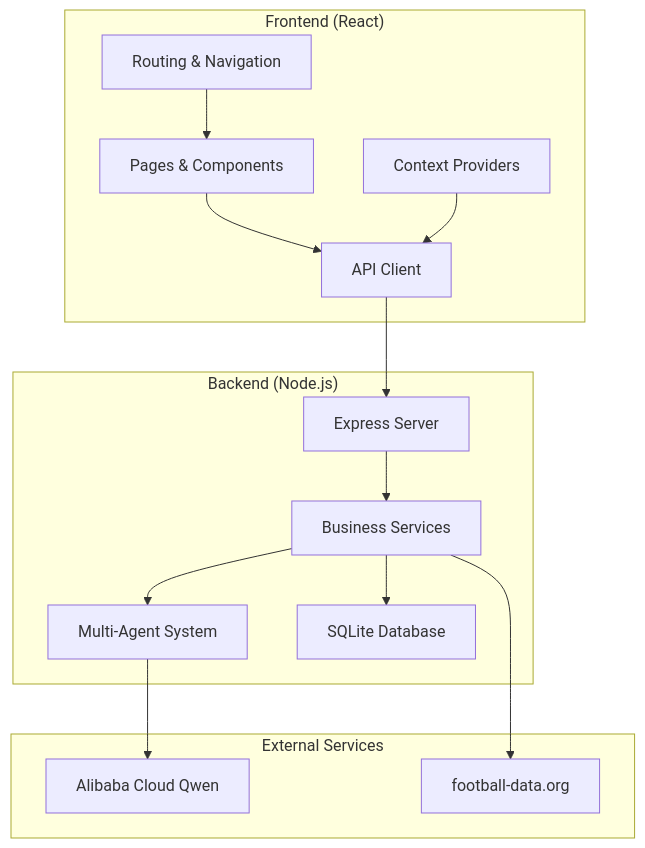
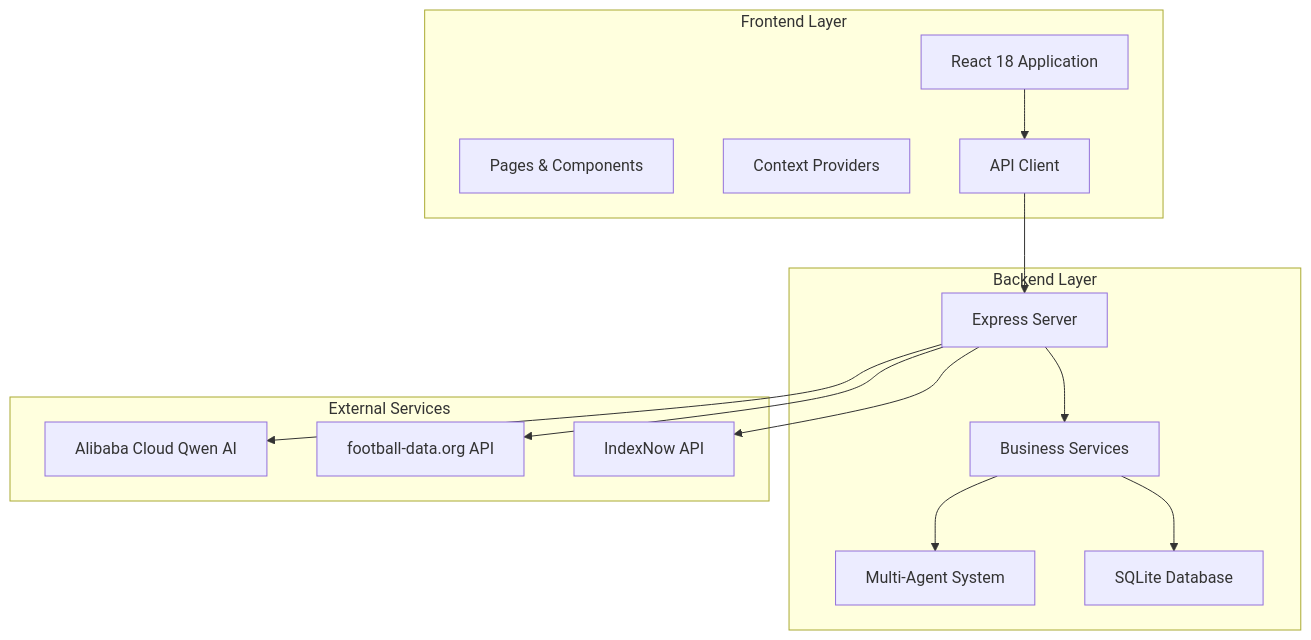
The first of 8 diagrams in .qoder/repowiki/en/content/Project Overview/Project Overview.md (cheesiong/WC26-qwen), drawn with Mermaid before and after one commit. The commit also changed other lines of this file and 181 other files, not shown here.

````diff
--- a/.qoder/repowiki/en/content/Project Overview/Project Overview.md
+++ b/.qoder/repowiki/en/content/Project Overview/Project Overview.md
@@ -46,28 +43,28 @@
 ```mermaid
 graph TB
-subgraph "Frontend (React)"
-FE_API[API Client]
+subgraph "Frontend Layer"
+FE_REACT[React 18 Application]
 FE_PAGES[Pages & Components]
 FE_CONTEXT[Context Providers]
-FE_ROUTER[Routing & Navigation]
+FE_API[API Client]
 end
-subgraph "Backend (Node.js)"
+subgraph "Backend Layer"
 BE_SERVER[Express Server]
 BE_SERVICES[Business Services]
 BE_AGENTS[Multi-Agent System]
 BE_DATABASE[SQLite Database]
 end
 subgraph "External Services"
-QWEN[Alibaba Cloud Qwen]
-DATA_API[football-data.org]
+ALIYUN[Alibaba Cloud Qwen AI]
+FOOTBALL_API[football-data.org API]
+INDEX_NOW[IndexNow API]
 end
+FE_REACT --> FE_API
 FE_API --> BE_SERVER
-FE_PAGES --> FE_API
-FE_CONTEXT --> FE_API
-FE_ROUTER --> FE_PAGES
 BE_SERVER --> BE_SERVICES
 BE_SERVICES --> BE_AGENTS
 BE_SERVICES --> BE_DATABASE
-BE_AGENTS --> QWEN
-BE_SERVICES --> DATA_API
+BE_SERVER --> ALIYUN
+BE_SERVER --> FOOTBALL_API
+BE_SERVER --> INDEX_NOW
 ```
````
